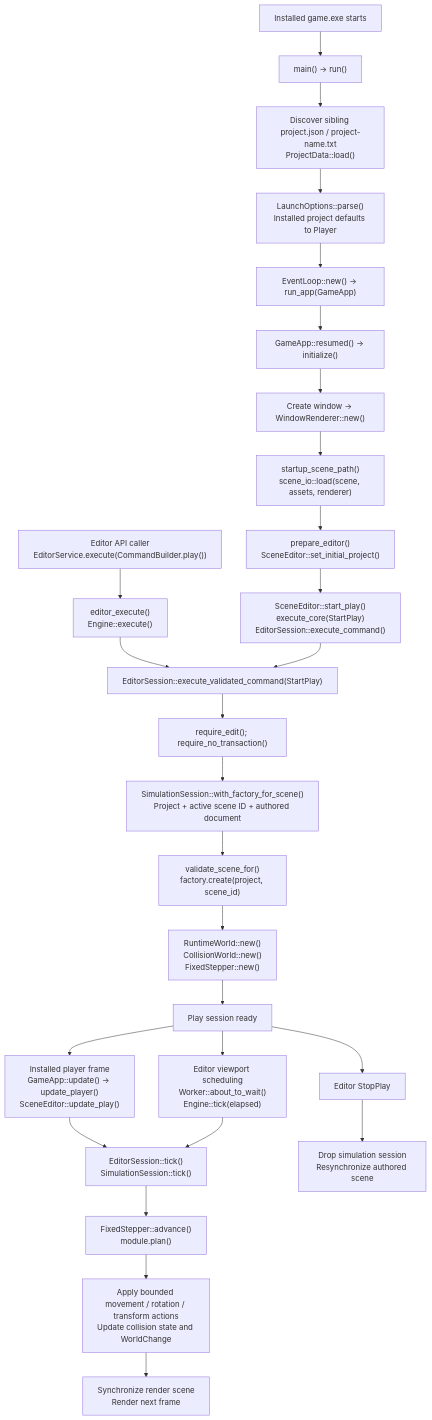
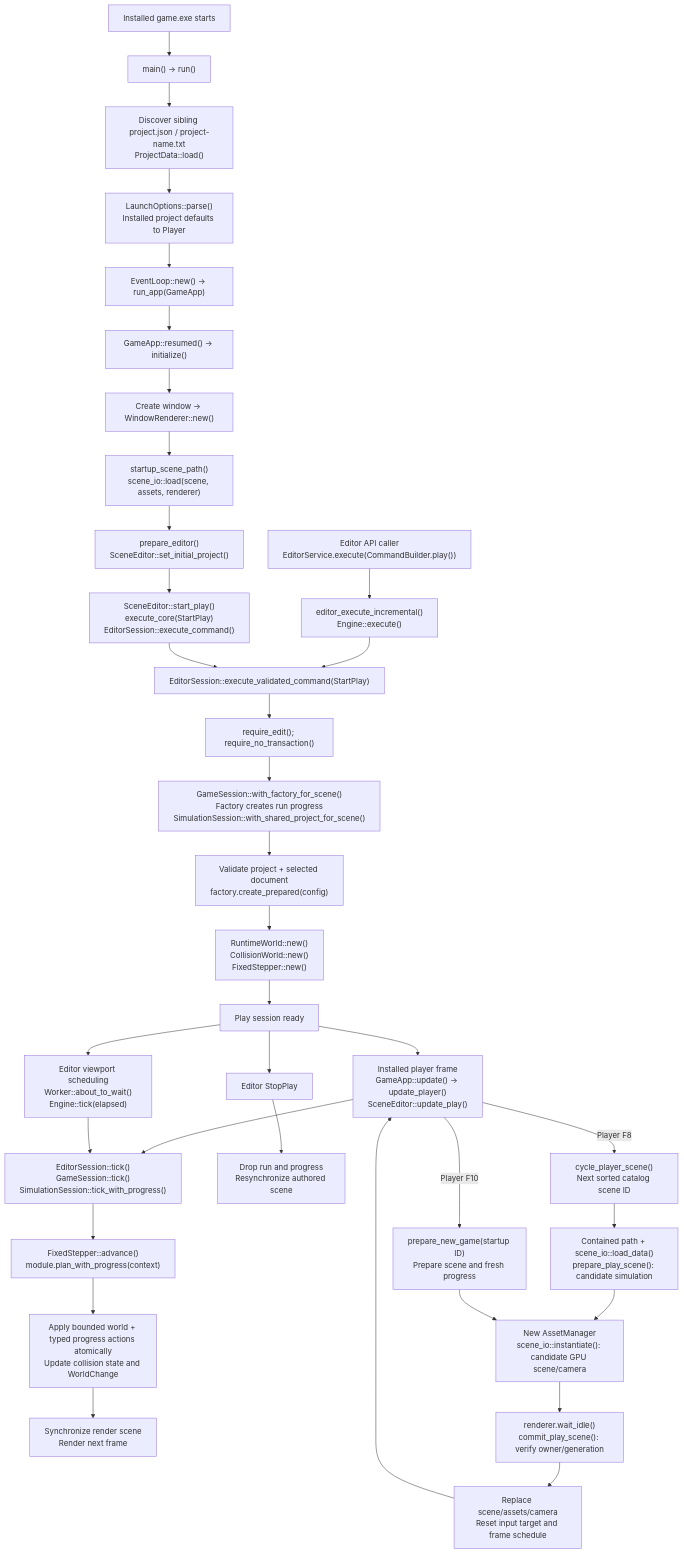
Before and after one commit to MishaYanov/GameEngine: the eighth of 10 diagrams in docs/editor-flow.md, drawn with Mermaid. The commit also changed other lines of this file and 118 other files, not shown here.

First line of the commit message:
core: reuse project behavior definitions across scenes runtime: switch scenes within a game session

````diff
--- a/docs/editor-flow.md
+++ b/docs/editor-flow.md
@@ -476,32 +482,41 @@
 ```mermaid
 flowchart TD
     A["Installed game.exe starts"]
     A --> B["main() → run()"]
     B --> C["Discover sibling project.json / project-name.txt<br/>ProjectData::load()"]
     C --> D["LaunchOptions::parse()<br/>Installed project defaults to Player"]
     D --> E["EventLoop::new() → run_app(GameApp)"]
     E --> F["GameApp::resumed() → initialize()"]
     F --> G["Create window → WindowRenderer::new()"]
     G --> H["startup_scene_path()<br/>scene_io::load(scene, assets, renderer)"]
     H --> I["prepare_editor()<br/>SceneEditor::set_initial_project()"]
     I --> J["SceneEditor::start_play()<br/>execute_core(StartPlay)<br/>EditorSession::execute_command()"]
 
     K["Editor API caller<br/>EditorService.execute(CommandBuilder.play())"]
-    K --> L["editor_execute()<br/>Engine::execute()"]
+    K --> L["editor_execute_incremental()<br/>Engine::execute()"]
     L --> M["EditorSession::execute_validated_command(StartPlay)"]
     J --> M
     M --> N["require_edit(); require_no_transaction()"]
-    N --> O["SimulationSession::with_factory_for_scene()<br/>Project + active scene ID + authored document"]
-    O --> P["validate_scene_for()<br/>factory.create(project, scene_id)"]
+    N --> O["GameSession::with_factory_for_scene()<br/>Factory creates run progress<br/>SimulationSession::with_shared_project_for_scene()"]
+    O --> P["Validate project + selected document<br/>factory.create_prepared(config)"]
     P --> Q["RuntimeWorld::new()<br/>CollisionWorld::new()<br/>FixedStepper::new()"]
     Q --> R["Play session ready"]
     R --> S["Installed player frame<br/>GameApp::update() → update_player()<br/>SceneEditor::update_play()"]
     R --> T["Editor viewport scheduling<br/>Worker::about_to_wait()<br/>Engine::tick(elapsed)"]
-    S --> U["EditorSession::tick()<br/>SimulationSession::tick()"]
+    S --> U["EditorSession::tick()<br/>GameSession::tick()<br/>SimulationSession::tick_with_progress()"]
     T --> U
-    U --> V["FixedStepper::advance()<br/>module.plan()"]
-    V --> W["Apply bounded movement / rotation / transform actions<br/>Update collision state and WorldChange"]
+    U --> V["FixedStepper::advance()<br/>module.plan_with_progress(context)"]
+    V --> W["Apply bounded world + typed progress actions atomically<br/>Update collision state and WorldChange"]
     W --> X["Synchronize render scene<br/>Render next frame"]
     R --> Y["Editor StopPlay"]
-    Y --> Z["Drop simulation session<br/>Resynchronize authored scene"]
+    Y --> Z["Drop run and progress<br/>Resynchronize authored scene"]
+
+    S -->|"Player F8"| AA["cycle_player_scene()<br/>Next sorted catalog scene ID"]
+    AA --> AB["Contained path + scene_io::load_data()<br/>prepare_play_scene(): candidate simulation"]
+    AB --> AC["New AssetManager<br/>scene_io::instantiate(): candidate GPU scene/camera"]
+    AC --> AD["renderer.wait_idle()<br/>commit_play_scene(): verify owner/generation"]
+    AD --> AE["Replace scene/assets/camera<br/>Reset input target and frame schedule"]
+    AE --> S
+    S -->|"Player F10"| AF["prepare_new_game(startup ID)<br/>Prepare scene and fresh progress"]
+    AF --> AC
 ```
````
